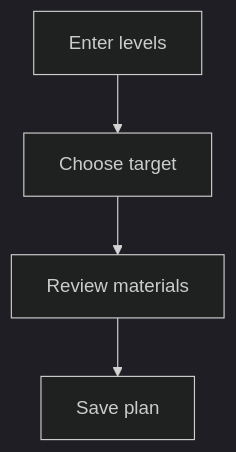
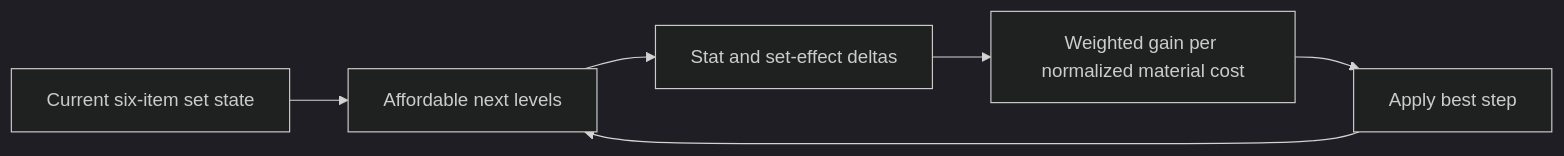
The diagram in docs/kingshot-events/lab/governor-gear.md (cristianrusu777/Kingshot-Events-Tracker-DOCS), drawn with Mermaid (dark theme) before and after one commit. The commit also changed other lines of this file and 58 other files, not shown here.

````diff
--- a/docs/kingshot-events/lab/governor-gear.md
+++ b/docs/kingshot-events/lab/governor-gear.md
@@ -54,10 +23,8 @@
 ```mermaid
-flowchart TD
-  S0["Enter levels"]
-  S1["Choose target"]
-  S2["Review materials"]
-  S3["Save plan"]
-  S0 --> S1
-  S1 --> S2
-  S2 --> S3
+flowchart LR
+ A["Current six-item set state"] --> B["Affordable next levels"]
+ B --> C["Stat and set-effect deltas"]
+ C --> D["Weighted gain per normalized material cost"]
+ D --> E["Apply best step"]
+ E --> B
 ```
````
